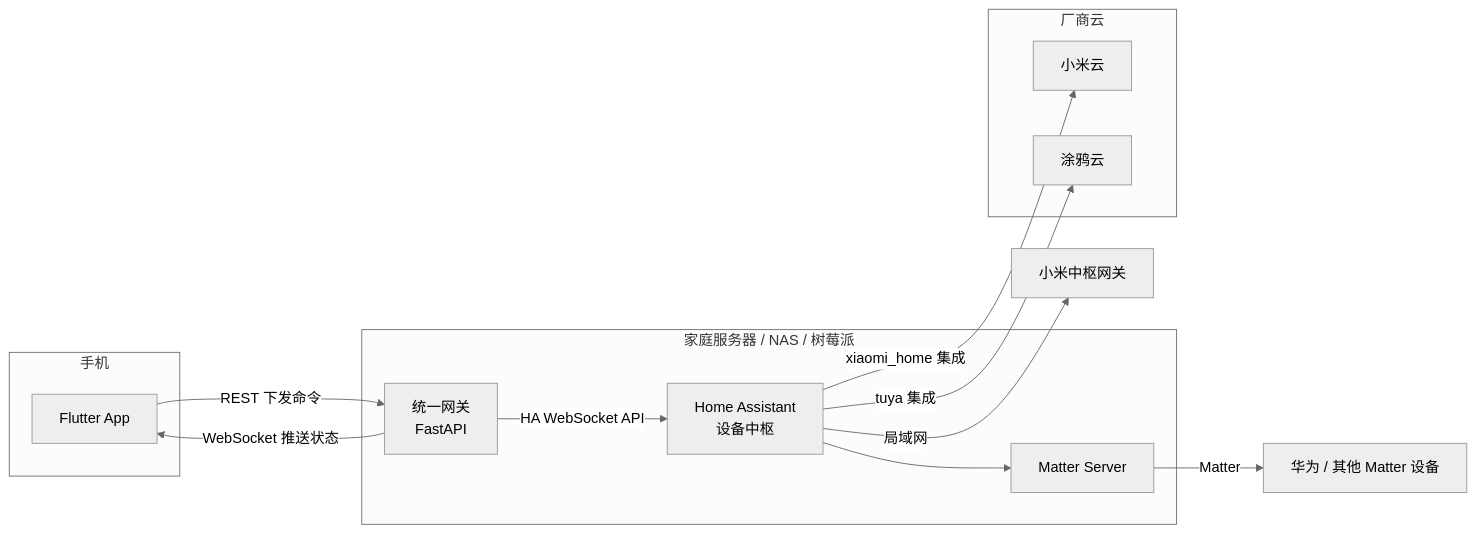
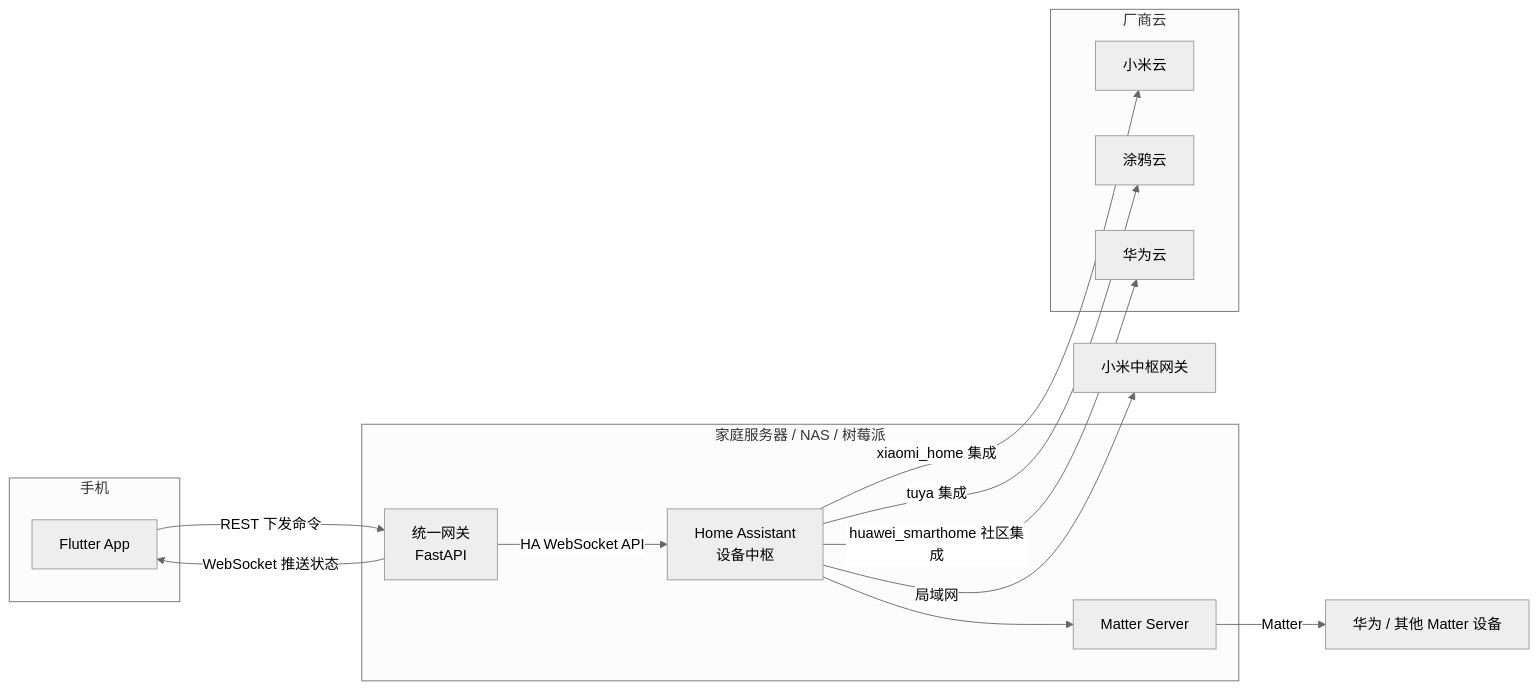
Before and after one commit to Zhou42082/Claude-Test: the diagram in docs/architecture.md, drawn with Mermaid (neutral theme). The commit also changed other lines of this file and 3 other files, not shown here.

````diff
--- a/docs/architecture.md
+++ b/docs/architecture.md
@@ -37,25 +57,27 @@
 ```mermaid
 flowchart LR
     subgraph Phone[手机]
         App[Flutter App]
     end
 
     subgraph Home[家庭服务器 / NAS / 树莓派]
         GW[统一网关<br/>FastAPI]
         HA[Home Assistant<br/>设备中枢]
         MS[Matter Server]
     end
 
     subgraph Cloud[厂商云]
         MiCloud[小米云]
         TuyaCloud[涂鸦云]
+        HwCloud[华为云]
     end
 
     App -- REST 下发命令 --> GW
     GW -- WebSocket 推送状态 --> App
     GW -- HA WebSocket API --> HA
     HA -- xiaomi_home 集成 --> MiCloud
     HA -- tuya 集成 --> TuyaCloud
+    HA -- huawei_smarthome 社区集成 --> HwCloud
     HA -- 局域网 --> MiHub[小米中枢网关]
     HA --> MS -- Matter --> HW[华为 / 其他 Matter 设备]
 ```
````
